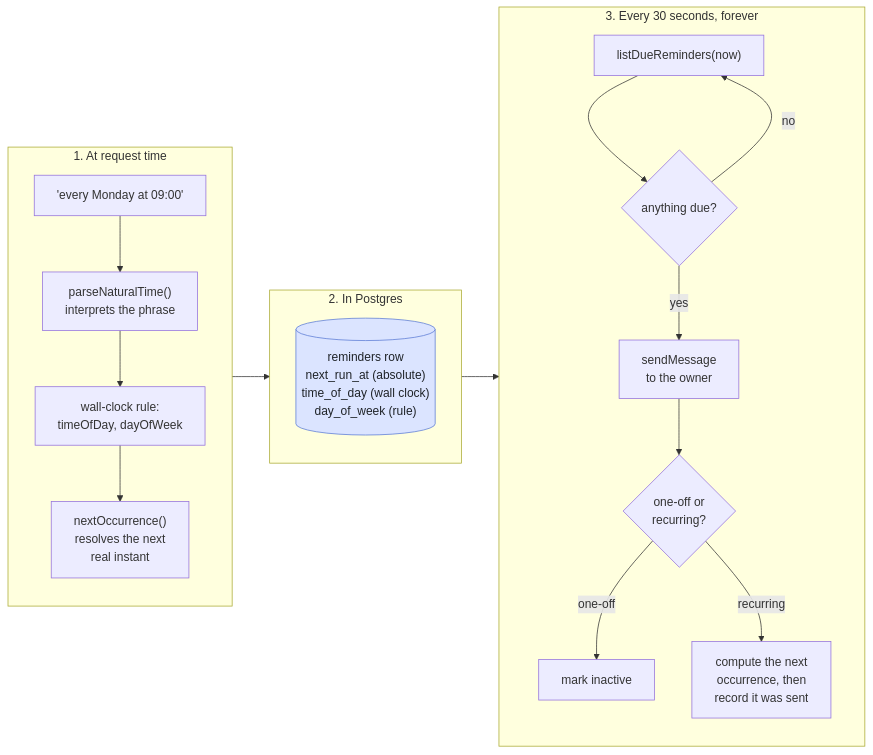
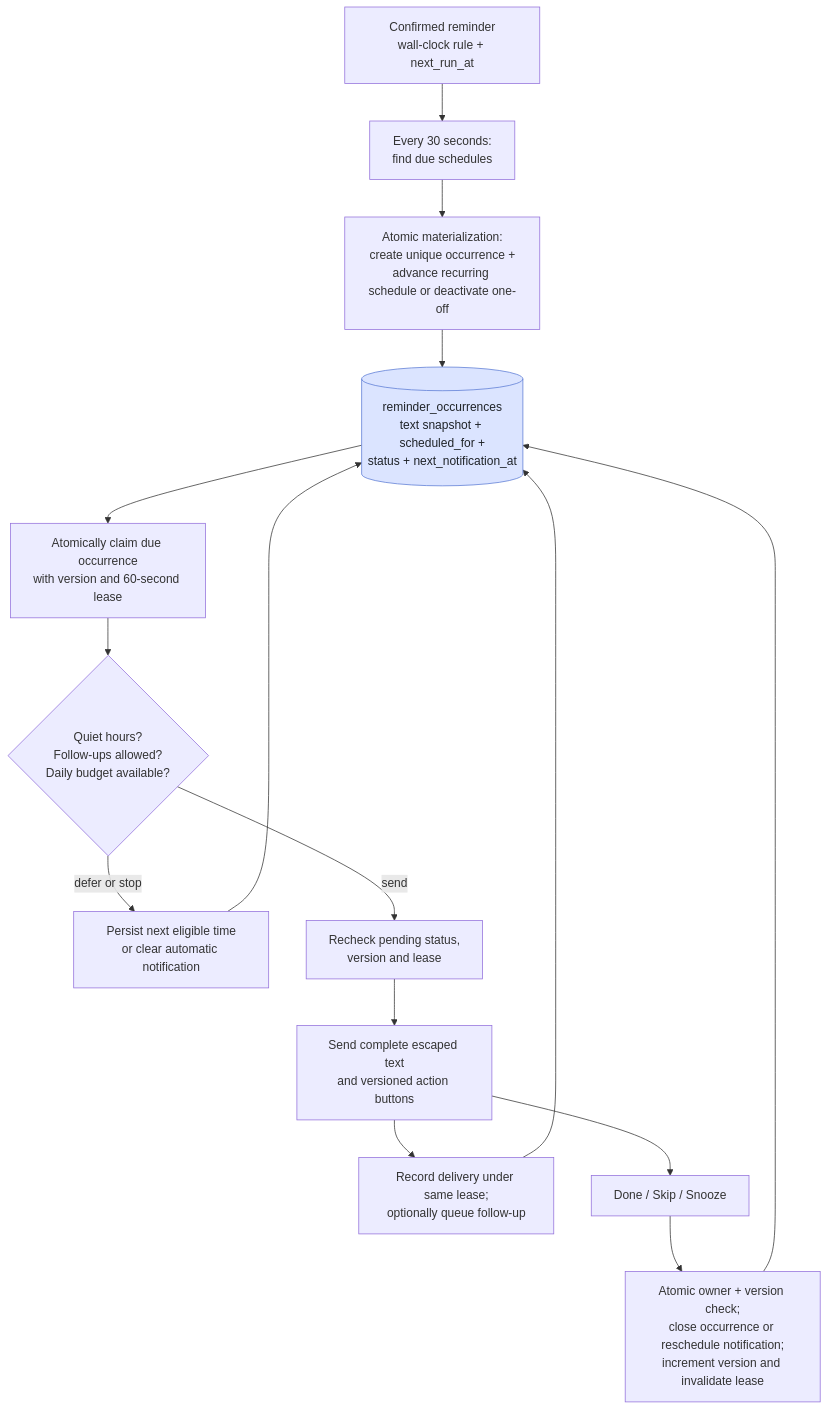
One commit to e1010101/my-helper changed the fifth of 11 diagrams in docs/architecture.md. Above: the diagram before and after it, drawn with Mermaid. The commit also changed other lines of this file and 26 other files, not shown here.

First line of the commit message:
feat: add actionable reminders and notification preferences

````diff
--- a/docs/architecture.md
+++ b/docs/architecture.md
@@ -265,29 +273,19 @@
 ```mermaid
-flowchart LR
-    subgraph Request["1. At request time"]
-        direction TB
-        Ask["'every Monday at 09:00'"] --> Parse["parseNaturalTime()<br/>interprets the phrase"]
-        Parse --> Rule["wall-clock rule:<br/>timeOfDay, dayOfWeek"]
-        Rule --> Next["nextOccurrence()<br/>resolves the next<br/>real instant"]
-    end
-
-    subgraph Storage["2. In Postgres"]
-        direction TB
-        Row[("reminders row<br/>next_run_at (absolute)<br/>time_of_day (wall clock)<br/>day_of_week (rule)")]
-    end
-
-    subgraph Runtime["3. Every 30 seconds, forever"]
-        direction TB
-        Poll["listDueReminders(now)"] --> Any{"anything due?"}
-        Any -->|no| Poll
-        Any -->|yes| Deliver["sendMessage<br/>to the owner"]
-        Deliver --> Done{"one-off or<br/>recurring?"}
-        Done -->|one-off| Deactivate["mark inactive"]
-        Done -->|recurring| Reschedule["compute the next<br/>occurrence, then<br/>record it was sent"]
-    end
-
-    Request --> Storage --> Runtime
-
+flowchart TD
+    Rule["Confirmed reminder<br/>wall-clock rule + next_run_at"] --> Poll["Every 30 seconds:<br/>find due schedules"]
+    Poll --> Materialize["Atomic materialization:<br/>create unique occurrence +<br/>advance recurring schedule or deactivate one-off"]
+    Materialize --> Row[("reminder_occurrences<br/>text snapshot + scheduled_for +<br/>status + next_notification_at")]
+    Row --> Claim["Atomically claim due occurrence<br/>with version and 60-second lease"]
+    Claim --> Policy{"Quiet hours?<br/>Follow-ups allowed?<br/>Daily budget available?"}
+    Policy -->|defer or stop| Queue["Persist next eligible time<br/>or clear automatic notification"]
+    Queue --> Row
+    Policy -->|send| Verify["Recheck pending status,<br/>version and lease"]
+    Verify --> Send["Send complete escaped text<br/>and versioned action buttons"]
+    Send --> Record["Record delivery under same lease;<br/>optionally queue follow-up"]
+    Record --> Row
+    Send --> Tap["Done / Skip / Snooze"]
+    Tap --> Action["Atomic owner + version check;<br/>close occurrence or reschedule notification;<br/>increment version and invalidate lease"]
+    Action --> Row
     classDef store fill:#dbe4ff,stroke:#5b7bd5,color:#1f2328
     class Row store
 ```
````
